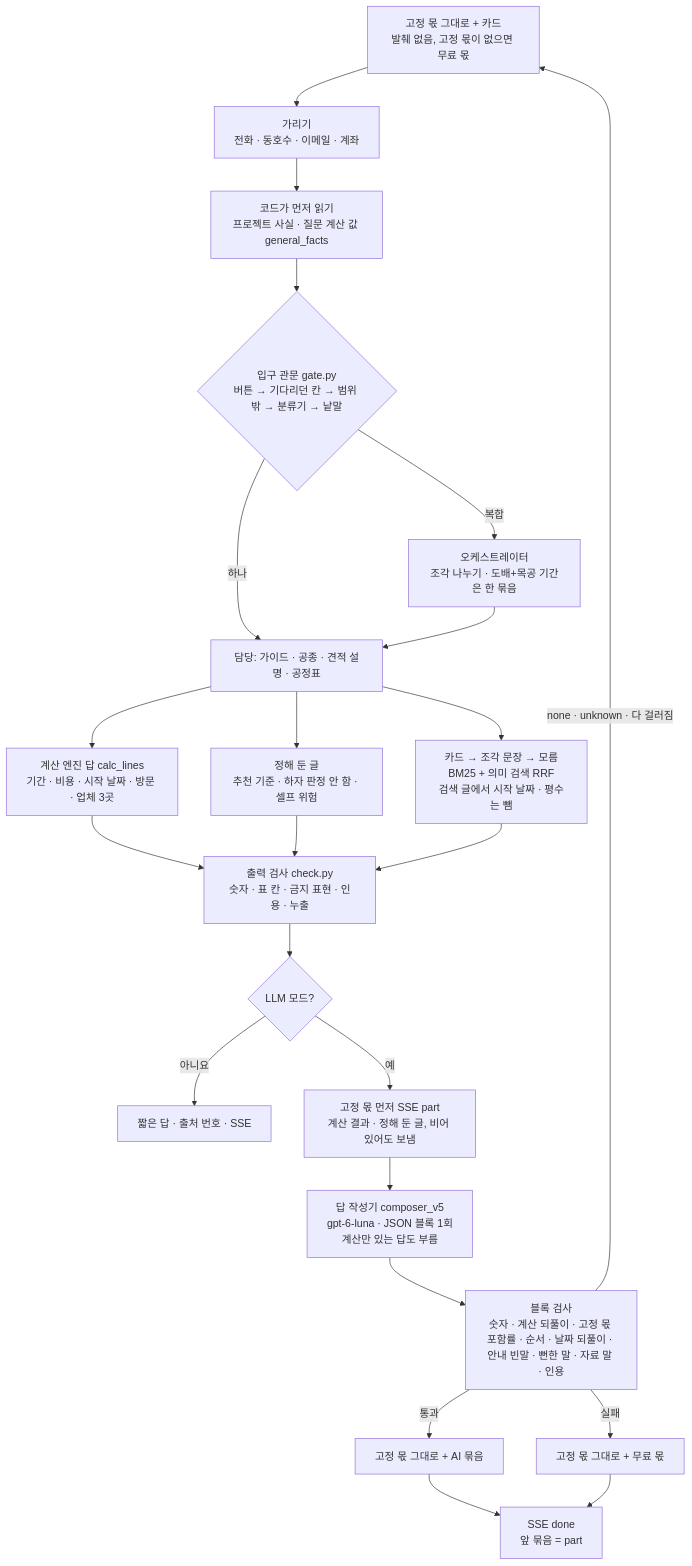
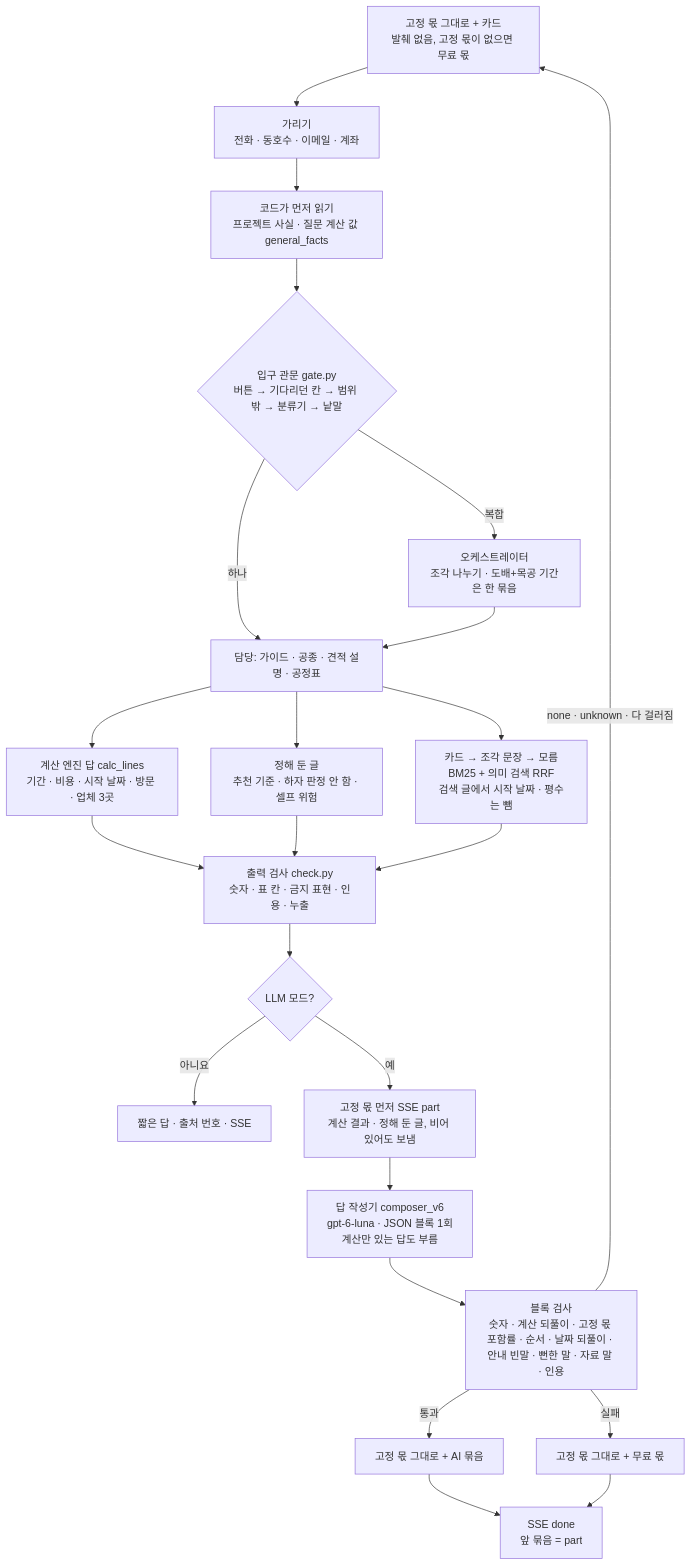
The diagram in docs/v3/agent-answer-format.md (lsm15111/SKN34-FINAL-1TEAM), drawn with Mermaid before and after one commit. The commit also changed other lines of this file and 10 other files, not shown here.

First line of the commit message:
prompt: 작성기 composer_v6로 설명 질문은 일반 설명을 섞어 공종마다 쓰고 우리 집 조건 질문은 대략 답하기

````diff
--- a/docs/v3/agent-answer-format.md
+++ b/docs/v3/agent-answer-format.md
@@ -22,22 +22,22 @@
 ```mermaid
 flowchart TD
   Q[고객 질문] --> M[가리기<br/>전화 · 동호수 · 이메일 · 계좌]
   M --> F[코드가 먼저 읽기<br/>프로젝트 사실 · 질문 계산 값 general_facts]
   F --> G{입구 관문 gate.py<br/>버튼 → 기다리던 칸 → 범위 밖 → 분류기 → 낱말}
   G -->|하나| A[담당: 가이드 · 공종 · 견적 설명 · 공정표]
   G -->|복합| O[오케스트레이터<br/>조각 나누기 · 도배+목공 기간은 한 묶음]
   O --> A
   A --> C1[계산 엔진 답 calc_lines<br/>기간 · 비용 · 시작 날짜 · 방문 · 업체 3곳]
   A --> C2[정해 둔 글<br/>추천 기준 · 하자 판정 안 함 · 셀프 위험]
   A --> C3[카드 → 조각 문장 → 모름<br/>BM25 + 의미 검색 RRF<br/>검색 글에서 시작 날짜 · 평수는 뺌]
   C1 & C2 & C3 --> K[출력 검사 check.py<br/>숫자 · 표 칸 · 금지 표현 · 인용 · 누출]
   K --> MODE{LLM 모드?}
   MODE -->|아니요| OUT[짧은 답 · 출처 번호 · SSE]
   MODE -->|예| D[고정 몫 먼저 SSE part<br/>계산 결과 · 정해 둔 글, 비어 있어도 보냄]
-  D --> L[답 작성기 composer_v5<br/>gpt-6-luna · JSON 블록 1회<br/>계산만 있는 답도 부름]
+  D --> L[답 작성기 composer_v6<br/>gpt-6-luna · JSON 블록 1회<br/>계산만 있는 답도 부름]
   L --> K2[블록 검사<br/>숫자 · 계산 되풀이 · 고정 몫 포함률 · 순서 · 날짜 되풀이 · 안내 빈말 · 뻔한 말 · 자료 말 · 인용]
   K2 -->|통과| P[고정 몫 그대로 + AI 묶음]
   K2 -->|none · unknown · 다 걸러짐| Q[고정 몫 그대로 + 카드<br/>발췌 없음, 고정 몫이 없으면 무료 몫]
   K2 -->|실패| R[고정 몫 그대로 + 무료 몫]
   P & R --> OUT2[SSE done<br/>앞 묶음 = part]
 ```
````
